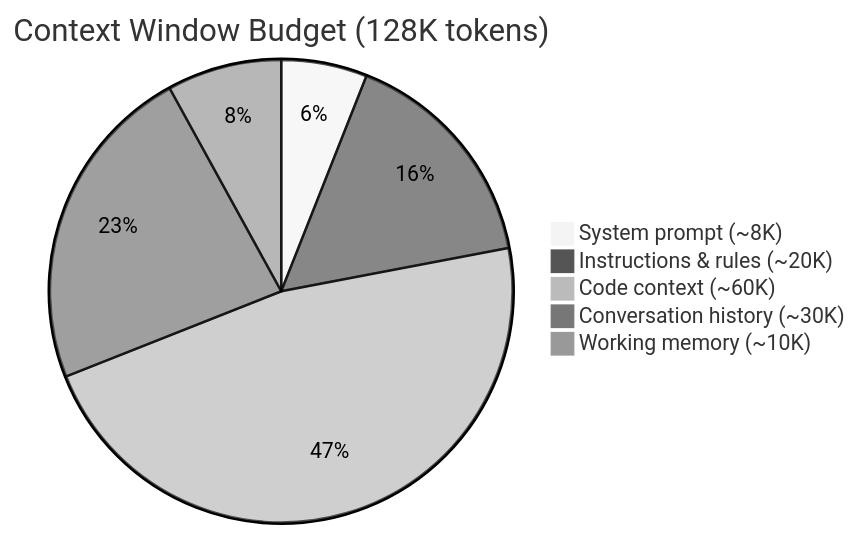
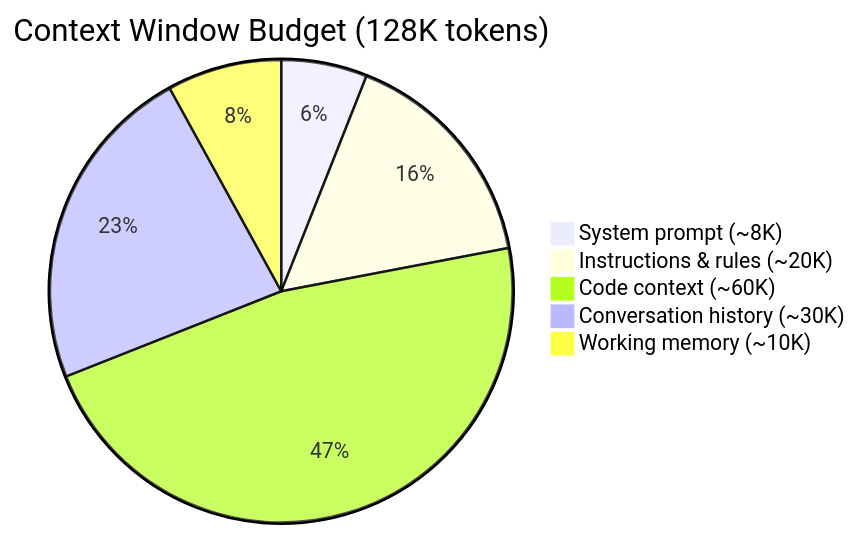
Before and after one commit to danielmeppiel/agentic-sdlc-handbook: the diagram in handbook/ch11-context-engineering.qmd, drawn with Mermaid. The commit also changed 17 other files, not shown here.

First line of the commit message:
fix: remove all Mermaid theme overrides, use Quarto native theming

````diff
--- a/handbook/ch11-context-engineering.qmd
+++ b/handbook/ch11-context-engineering.qmd
@@ -15,13 +15,12 @@
 ```{mermaid}
 %%| fig-width: 4.5
 %%| fig-cap: "Context window budget allocation for a typical 128K-token agent session"
 %%| fig-alt: "Pie chart showing context window budget: Code context is the largest segment at 47% (~60K tokens), followed by Conversation history at 23% (~30K tokens), Instructions and rules at 16% (~20K tokens), Working memory at 8% (~10K tokens), and System prompt at 6% (~8K tokens)."
 %%| label: fig-context-budget
-%%{init: {'theme': 'neutral'}}%%
 pie title Context Window Budget (128K tokens)
     "System prompt (~8K)" : 6
     "Instructions & rules (~20K)" : 16
     "Code context (~60K)" : 47
     "Conversation history (~30K)" : 23
     "Working memory (~10K)" : 8
 ```
````
